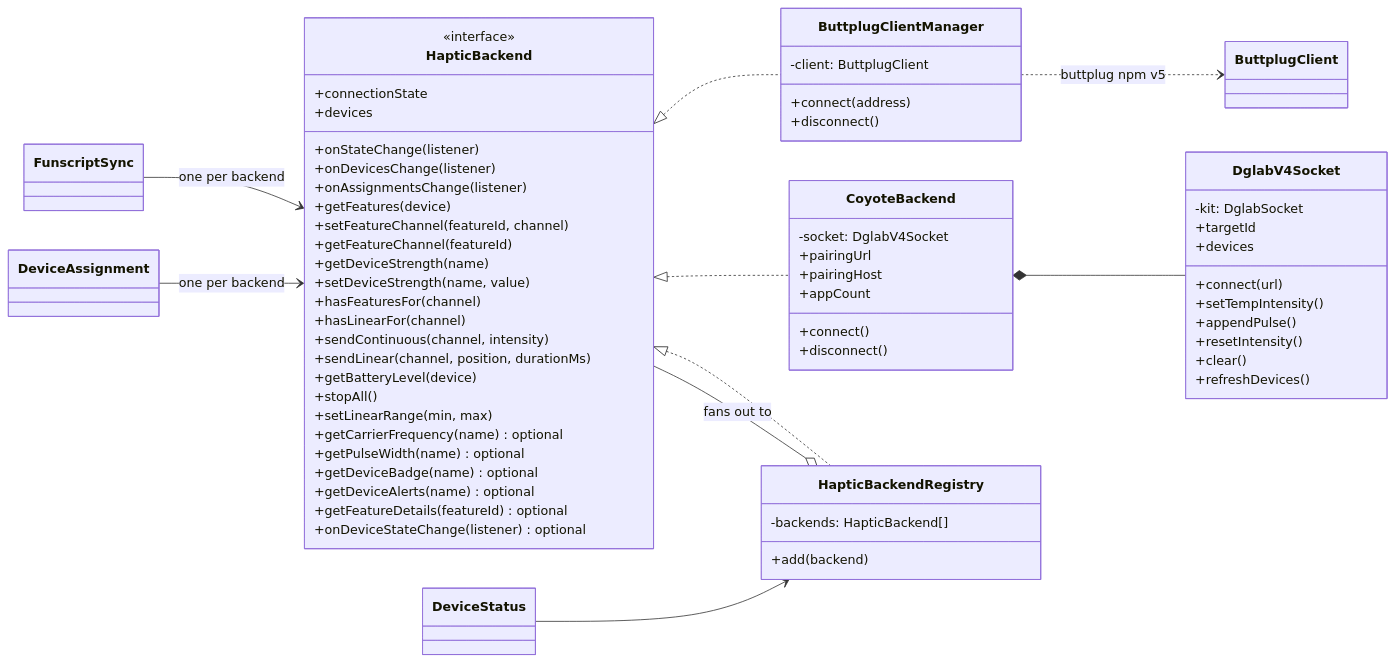
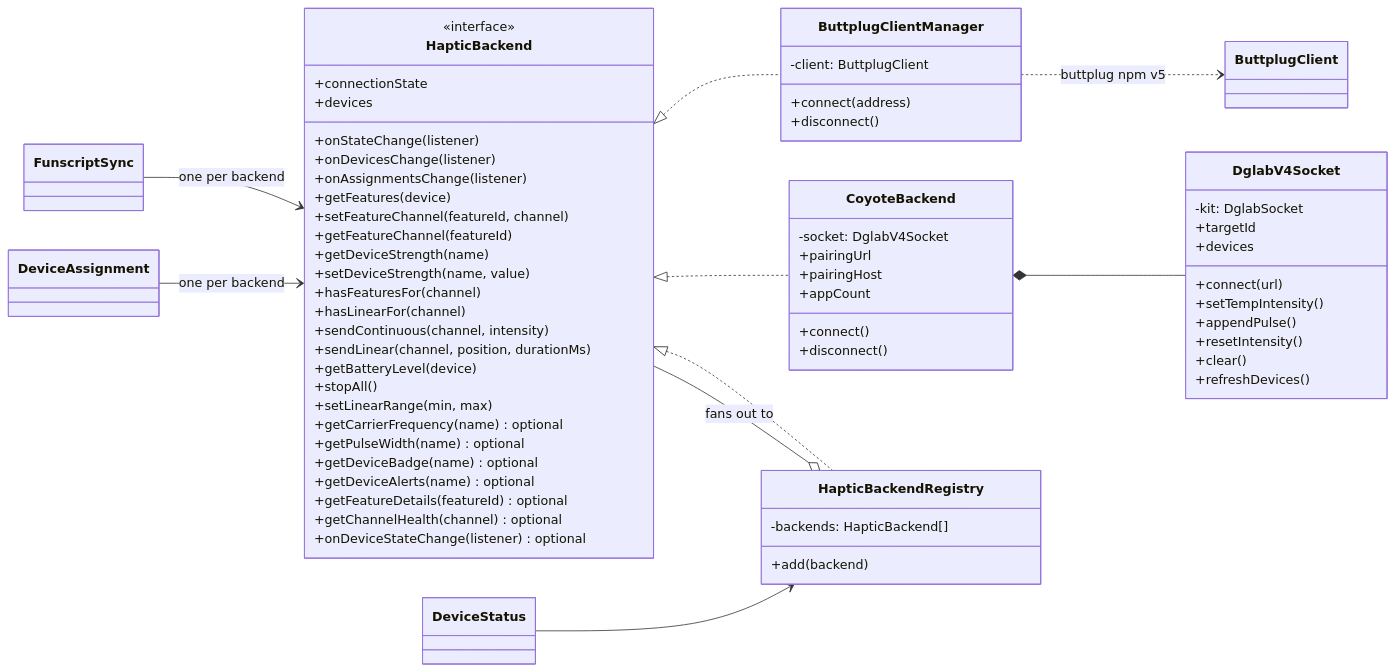
Before and after one commit to lumbar-spine-support/docker-haptic-player: the second of 7 diagrams in docs/developer/haptics.md, drawn with Mermaid. The commit also changed other lines of this file and 12 other files, not shown here.

````diff
--- a/docs/developer/haptics.md
+++ b/docs/developer/haptics.md
@@ -51,73 +51,74 @@
 ```mermaid
 classDiagram
   direction LR
   class HapticBackend {
     <<interface>>
     +connectionState
     +devices
     +onStateChange(listener)
     +onDevicesChange(listener)
     +onAssignmentsChange(listener)
     +getFeatures(device)
     +setFeatureChannel(featureId, channel)
     +getFeatureChannel(featureId)
     +getDeviceStrength(name)
     +setDeviceStrength(name, value)
     +hasFeaturesFor(channel)
     +hasLinearFor(channel)
     +sendContinuous(channel, intensity)
     +sendLinear(channel, position, durationMs)
     +getBatteryLevel(device)
     +stopAll()
     +setLinearRange(min, max)
     +getCarrierFrequency(name) optional
     +getPulseWidth(name) optional
     +getDeviceBadge(name) optional
     +getDeviceAlerts(name) optional
     +getFeatureDetails(featureId) optional
+    +getChannelHealth(channel) optional
     +onDeviceStateChange(listener) optional
   }
 
   class ButtplugClientManager {
     -client: ButtplugClient
     +connect(address)
     +disconnect()
   }
   class CoyoteBackend {
     -socket: DglabV4Socket
     +connect()
     +disconnect()
     +pairingUrl
     +pairingHost
     +appCount
   }
   class HapticBackendRegistry {
     -backends: HapticBackend[]
     +add(backend)
   }
   class DglabV4Socket {
     -kit: DglabSocket
     +connect(url)
     +setTempIntensity()
     +appendPulse()
     +resetIntensity()
     +clear()
     +refreshDevices()
     +targetId
     +devices
   }
 
   HapticBackend <|.. ButtplugClientManager
   HapticBackend <|.. CoyoteBackend
   HapticBackend <|.. HapticBackendRegistry
   HapticBackendRegistry o-- HapticBackend : fans out to
   CoyoteBackend *-- DglabV4Socket
   ButtplugClientManager ..> ButtplugClient : buttplug npm v5
 
   class FunscriptSync
   class DeviceAssignment
   class DeviceStatus
   FunscriptSync --> HapticBackend : one per backend
   DeviceAssignment --> HapticBackend : one per backend
   DeviceStatus --> HapticBackendRegistry
 ```
````
